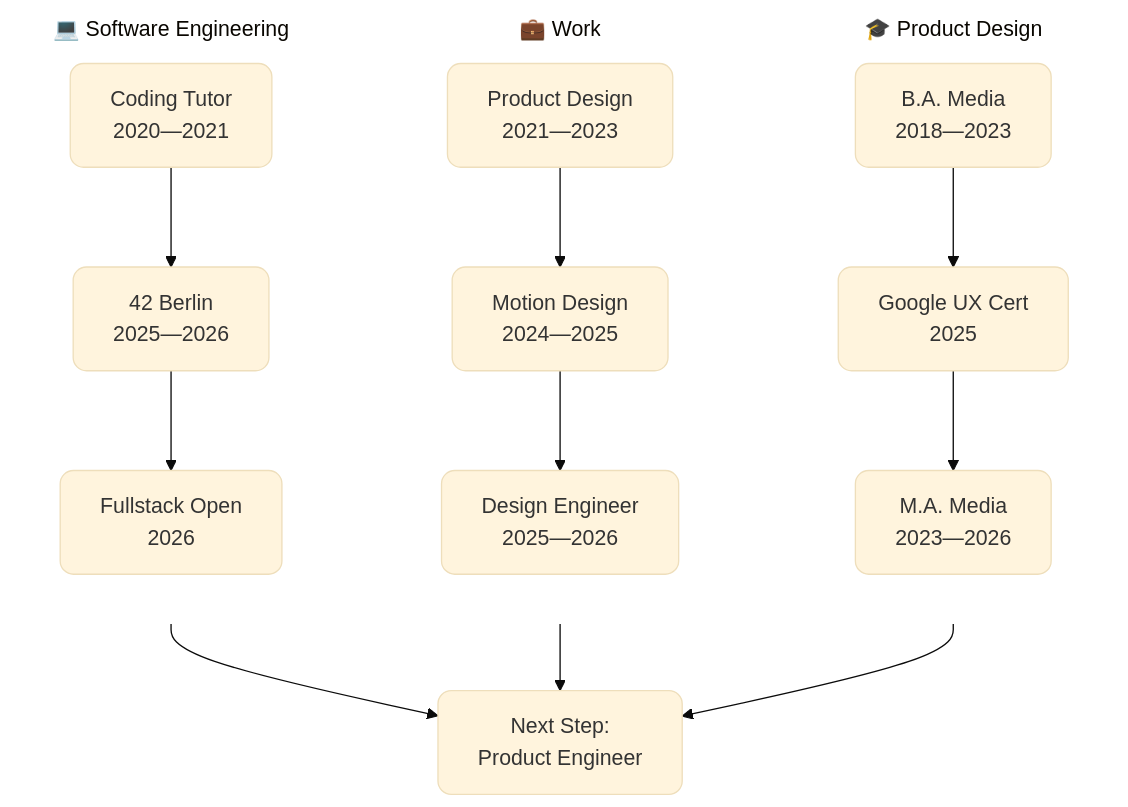
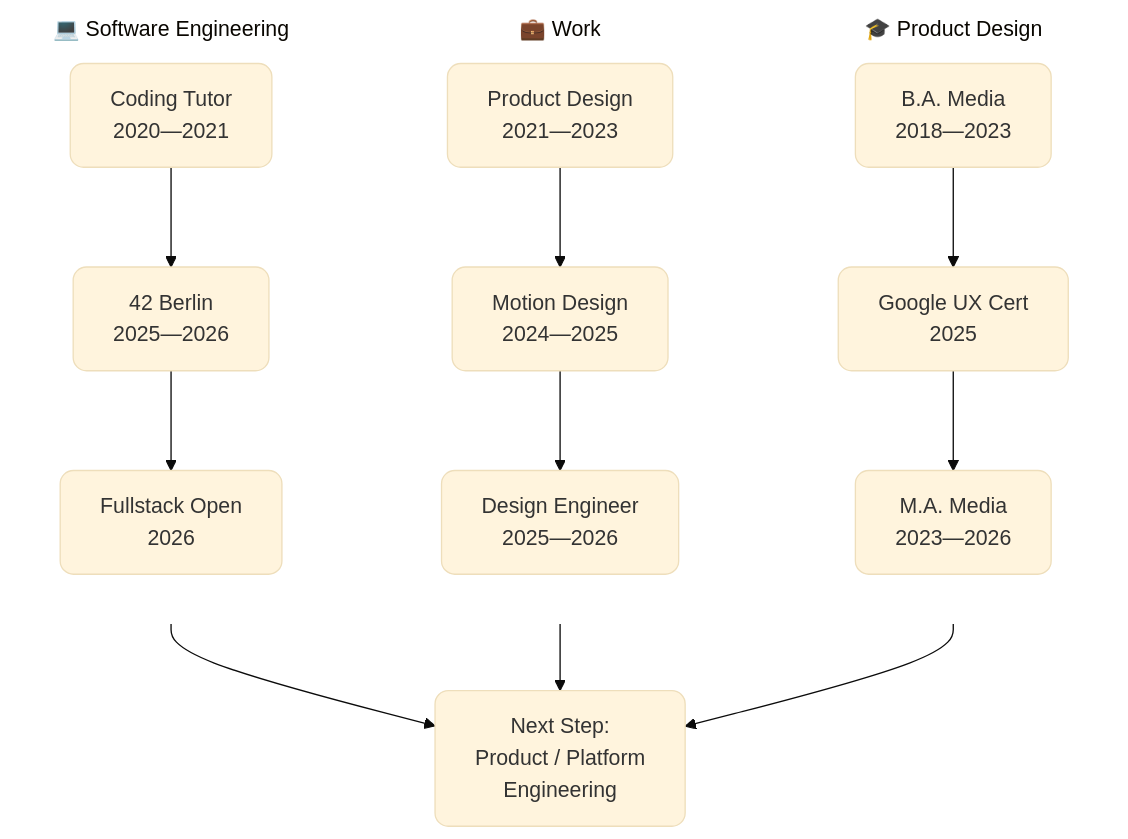
The diagram in README.md (Kopfdreher/Kopfdreher), drawn with Mermaid (base theme) before and after one commit.

Commit message:
simplify

````diff
--- a/README.md
+++ b/README.md
@@ -29,27 +29,27 @@
 ```mermaid
 graph TD
     classDef card rx:10,ry:10
 
     subgraph EDU [🎓 Product Design]
         direction TB
         E1[B.A. Media<br/>2018—2023] --> E2[Google UX Cert<br/>2025] --> E3[M.A. Media<br/>2023—2026]
     end
     style EDU fill:none,stroke:none
 
     subgraph JOB [💼 Work]
         direction TB
         J1[Product Design<br/>2021—2023] --> J2[Motion Design<br/>2024—2025] --> J3[Design Engineer<br/>2025—2026]
     end
     style JOB fill:none,stroke:none
 
     subgraph SWE [💻 Software Engineering]
         direction TB
         S1[Coding Tutor<br/>2020—2021] --> S2[42 Berlin<br/>2025—2026] --> S3[Fullstack Open<br/>2026]
     end
     style SWE fill:none,stroke:none
 
-    E3 --> JOIN[Next Step:<br/>Product Engineer]
+    E3 --> JOIN[Next Step:<br/>Product / Platform<br/>Engineering]
     J3 --> JOIN
     S3 --> JOIN
     class E1,E2,E3,J1,J2,J3,S1,S2,S3,JOIN card
 ```
````
